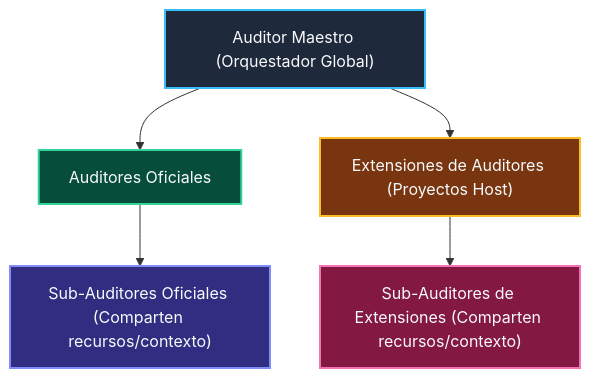
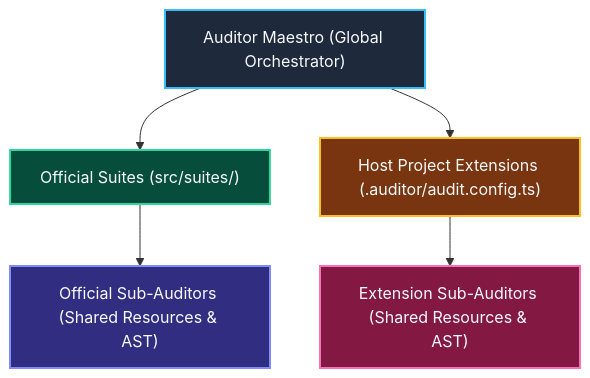
The diagram in .agents/skills/auditor/SKILL.md (francogp/auditor), drawn with Mermaid before and after one commit. The commit also changed other lines of this file and 47 other files, not shown here.

````diff
--- a/.agents/skills/auditor/SKILL.md
+++ b/.agents/skills/auditor/SKILL.md
@@ -21,13 +23,13 @@
 ```mermaid
 graph TD
-  M["Auditor Maestro (Orquestador Global)"] --> O["Auditores Oficiales"]
-  M --> E["Extensiones de Auditores (Proyectos Host)"]
-  O --> SO["Sub-Auditores Oficiales (Comparten recursos/contexto)"]
-  E --> SE["Sub-Auditores de Extensiones (Comparten recursos/contexto)"]
+  M["Auditor Maestro (Global Orchestrator)"] --> O["Official Suites (src/suites/)"]
+  M --> E["Host Project Extensions (.auditor/audit.config.ts)"]
+  O --> SO["Official Sub-Auditors (Shared Resources & AST)"]
+  E --> SE["Extension Sub-Auditors (Shared Resources & AST)"]
 
   style M fill:#1e293b,stroke:#38bdf8,stroke-width:2px,color:#f8fafc
   style O fill:#064e3b,stroke:#34d399,stroke-width:2px,color:#f8fafc
   style E fill:#78350f,stroke:#fbbf24,stroke-width:2px,color:#f8fafc
   style SO fill:#312e81,stroke:#818cf8,stroke-width:2px,color:#f8fafc
   style SE fill:#831843,stroke:#f472b6,stroke-width:2px,color:#f8fafc
 ```
````
